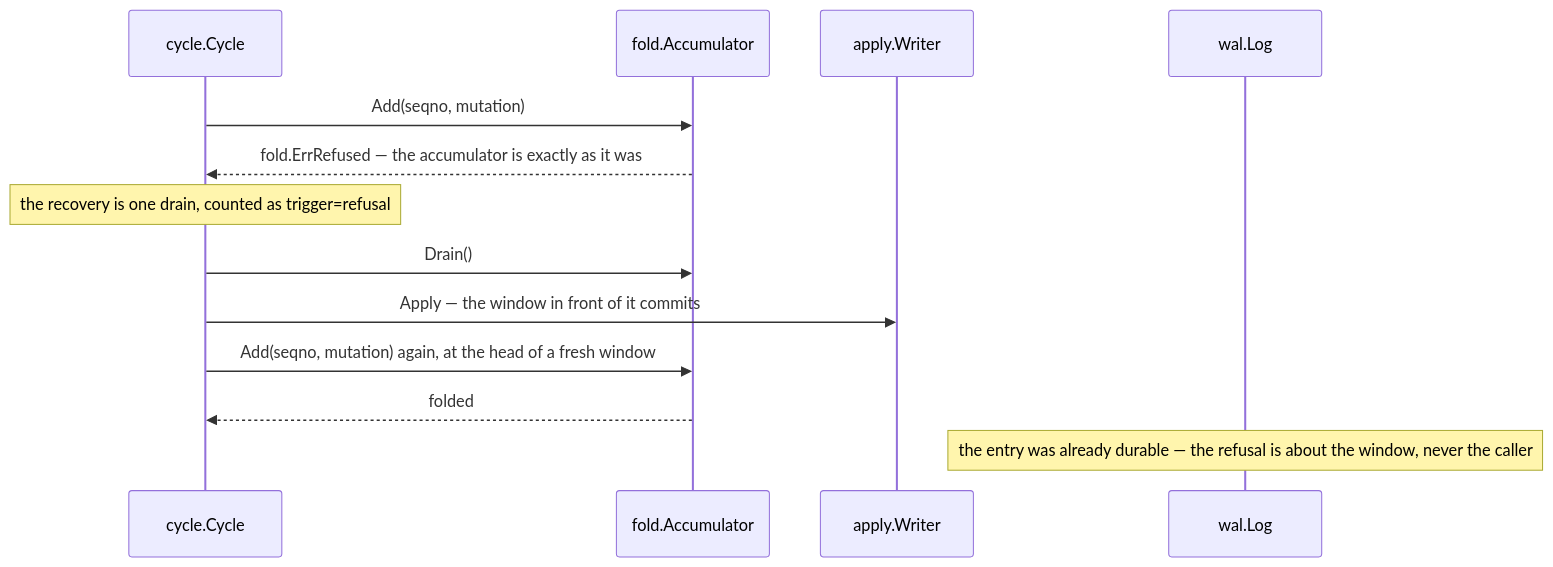
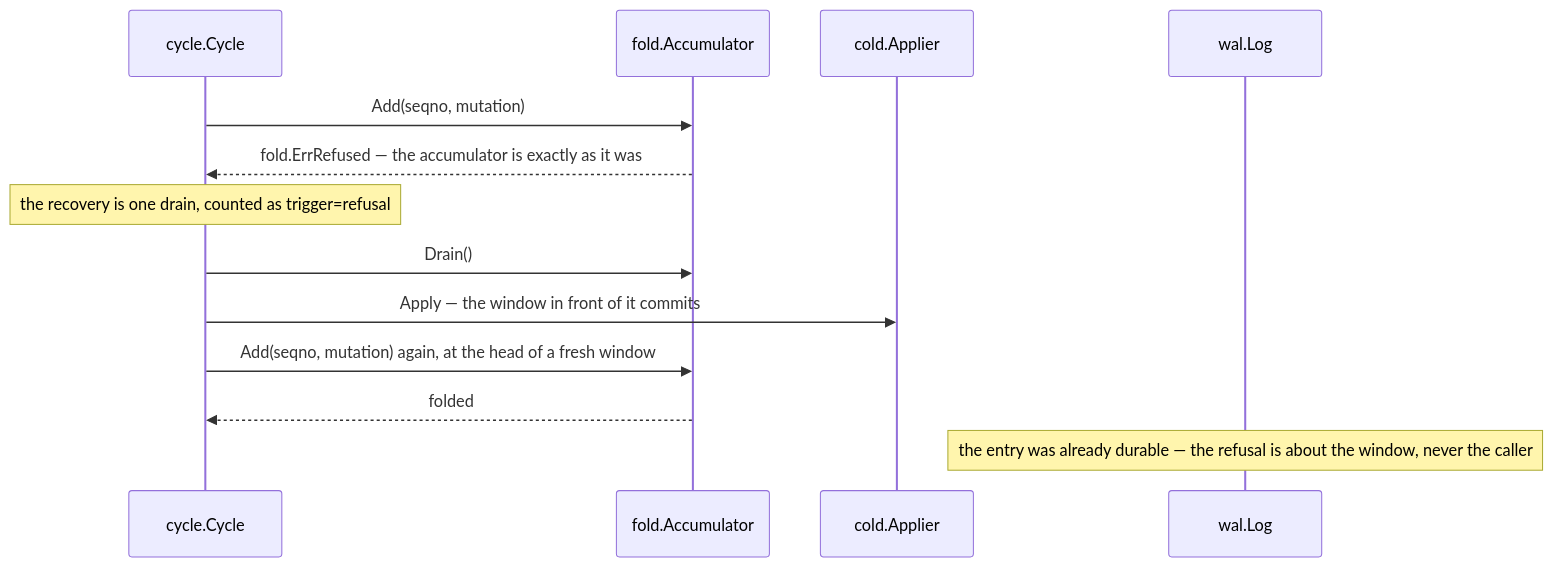
Before and after one commit to aromanovich/waltz: the tenth of 10 diagrams in docs/handbook/05-write-path.md, drawn with Mermaid. The commit also changed 153 other files, not shown here.

````diff
--- a/docs/handbook/05-write-path.md
+++ b/docs/handbook/05-write-path.md
@@ -533,16 +533,16 @@
 ```mermaid
 sequenceDiagram
   participant CY as cycle.Cycle
   participant ACC as fold.Accumulator
-  participant AP as apply.Writer
+  participant AP as cold.Applier
   participant LOG as wal.Log
 
   CY->>ACC: Add(seqno, mutation)
   ACC-->>CY: fold.ErrRefused — the accumulator is exactly as it was
   Note over CY: the recovery is one drain, counted as trigger=refusal
   CY->>ACC: Drain()
   CY->>AP: Apply — the window in front of it commits
   CY->>ACC: Add(seqno, mutation) again, at the head of a fresh window
   ACC-->>CY: folded
   Note over LOG: the entry was already durable — the refusal is about the window, never the caller
 ```
````
